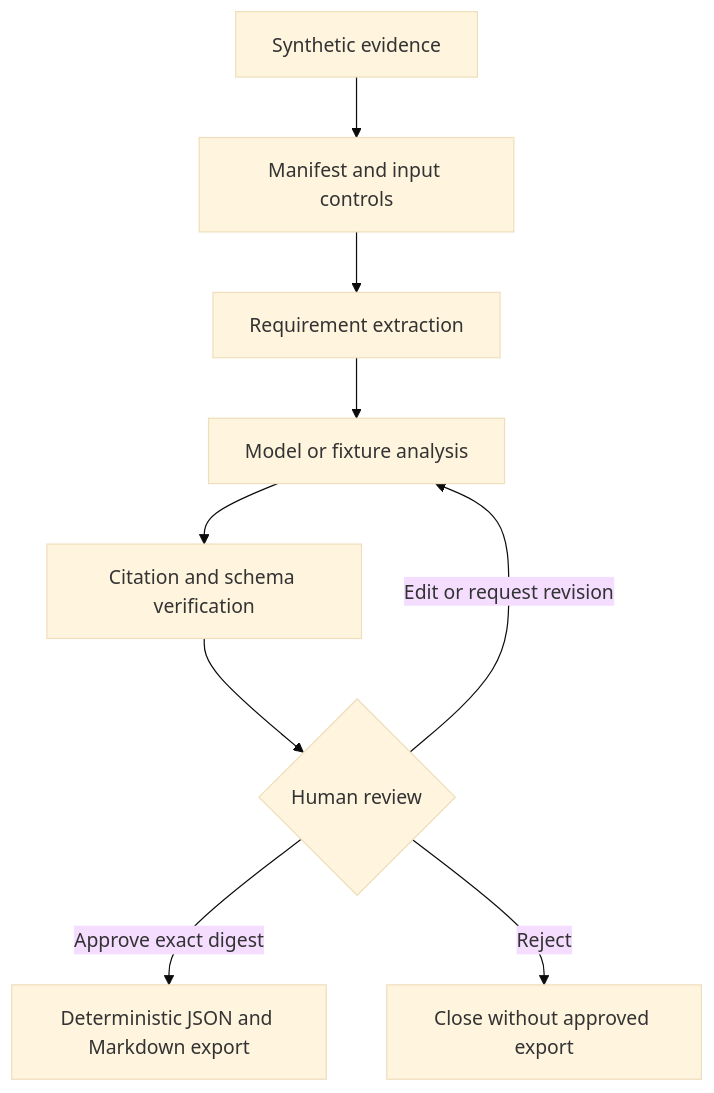
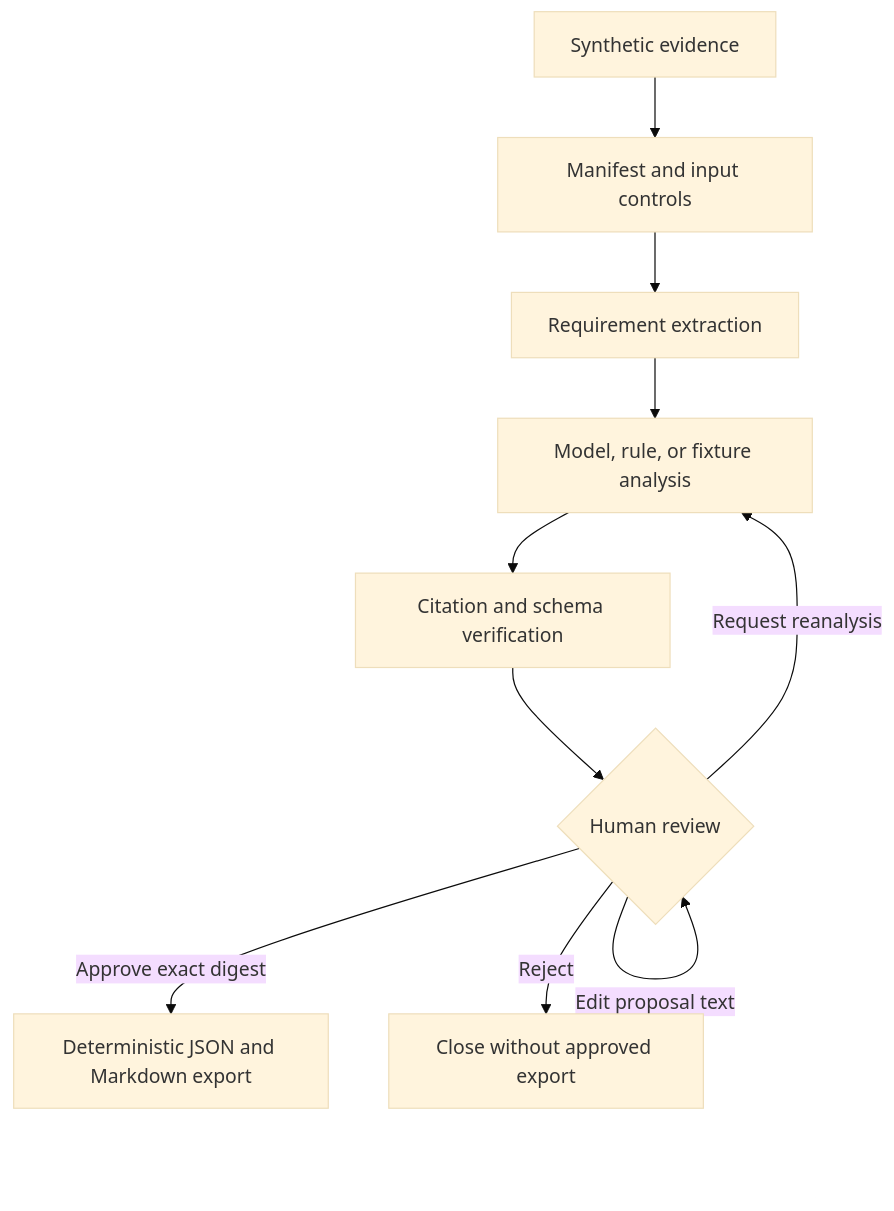
Before and after one commit to DameurMounir/requirements-quality-agent: the diagram in docs/03-agent-design/architecture.md, drawn with Mermaid (base theme). The commit also changed other lines of this file and 57 other files, not shown here.

````diff
--- a/docs/03-agent-design/architecture.md
+++ b/docs/03-agent-design/architecture.md
@@ -8,11 +8,12 @@
 ```mermaid
 flowchart TD
     A["Synthetic evidence"] --> B["Manifest and input controls"]
     B --> C["Requirement extraction"]
-    C --> D["Model or fixture analysis"]
+    C --> D["Model, rule, or fixture analysis"]
     D --> E["Citation and schema verification"]
     E --> F{"Human review"}
     F -->|Approve exact digest| G["Deterministic JSON and Markdown export"]
-    F -->|Edit or request revision| D
+    F -->|Edit proposal text| F
+    F -->|Request reanalysis| D
     F -->|Reject| H["Close without approved export"]
 ```
````
